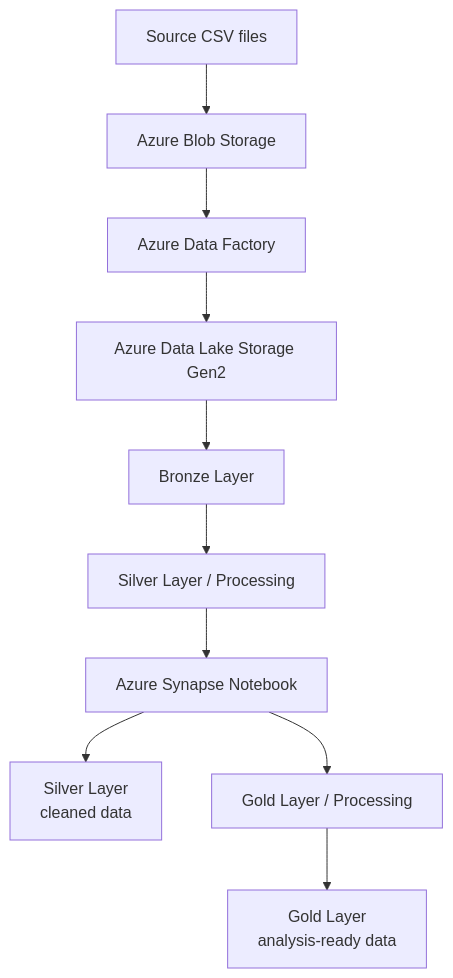
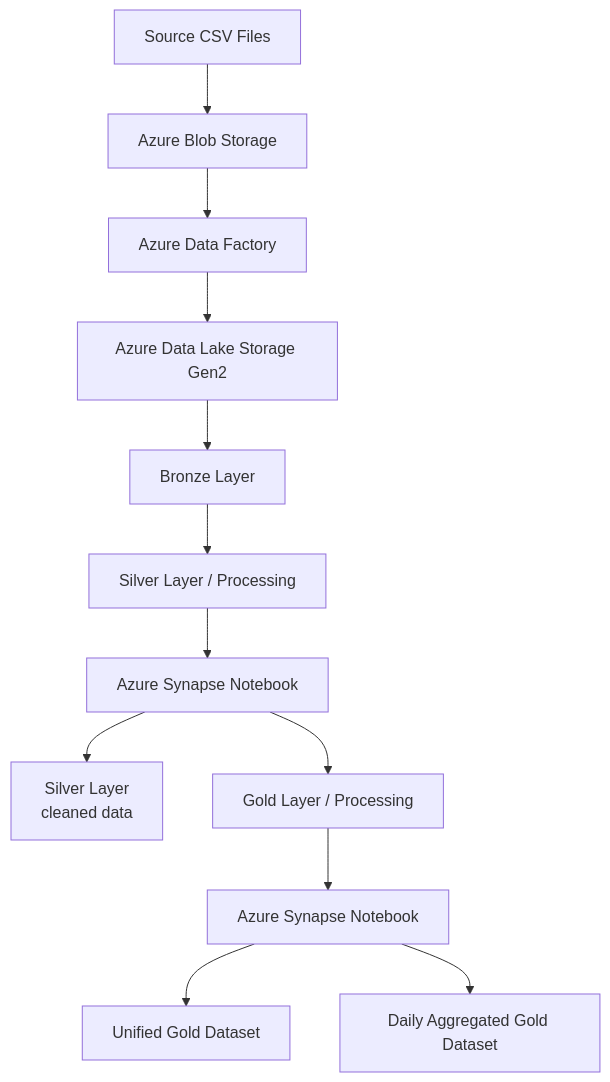
The diagram in README.md (olenashu-3/bee-haven-azure-data-engineering), drawn with Mermaid before and after one commit. The commit also changed other lines of this file and 3 other files, not shown here.

Commit message:
updated 2.2 gold_processing notebook and README.md files

````diff
--- a/README.md
+++ b/README.md
@@ -78,14 +125,19 @@
 ```mermaid
 flowchart TD
-    A[Source CSV files] --> B[Azure Blob Storage]
+
+    A[Source CSV Files] --> B[Azure Blob Storage]
+
     B --> C[Azure Data Factory]
     C --> D[Azure Data Lake Storage Gen2]
     D --> E[Bronze Layer]
     E --> F[Silver Layer / Processing]
     F --> G[Azure Synapse Notebook]
 
     G --> H[Silver Layer<br/>cleaned data]
     G --> I[Gold Layer / Processing]
 
-    I --> J[Gold Layer<br/>analysis-ready data]
+    I --> J[Azure Synapse Notebook]
+    
+    J --> K[Unified Gold Dataset]
+    J --> L[Daily Aggregated Gold Dataset]
 ```
````
